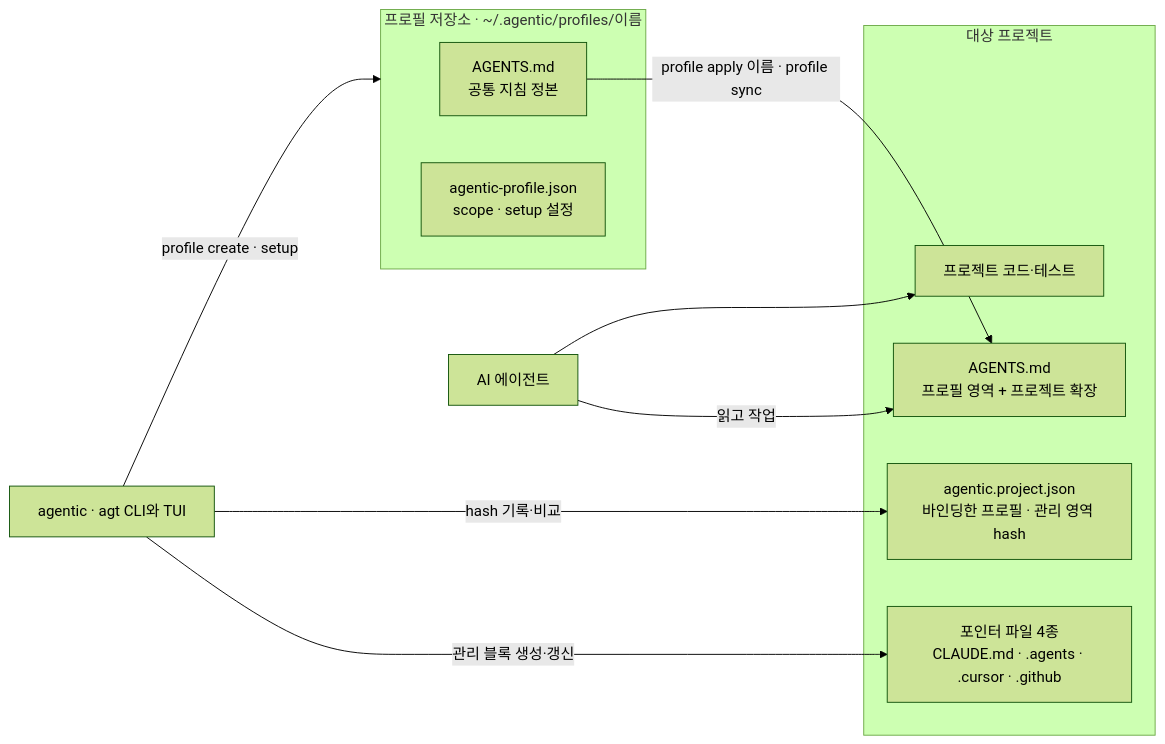
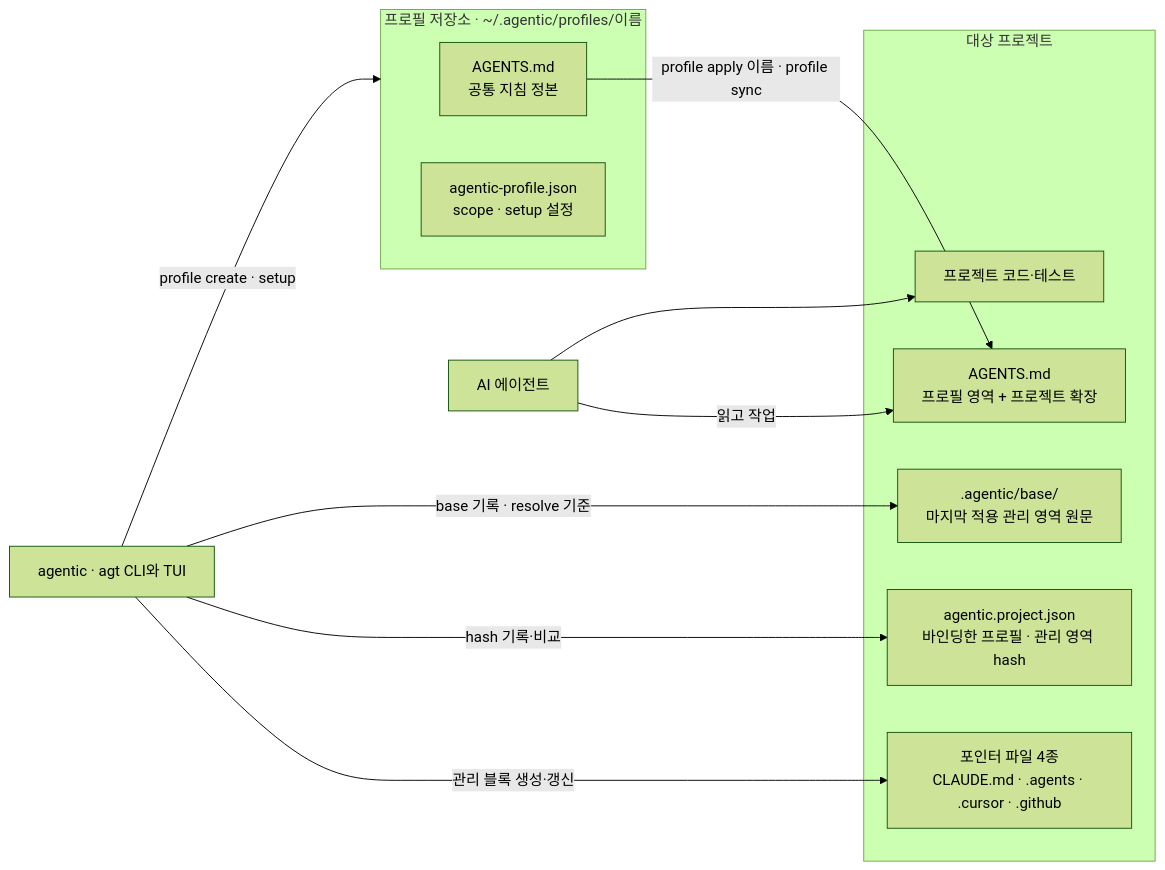
Before and after one commit to IsthisLee/agent-context-manager: the diagram in docs/architecture/README.md, drawn with Mermaid (forest theme). The commit also changed other lines of this file and 13 other files, not shown here.

````diff
--- a/docs/architecture/README.md
+++ b/docs/architecture/README.md
@@ -12,19 +12,21 @@
 ```mermaid
 flowchart LR
   subgraph HOME["프로필 저장소 · ~/.agentic/profiles/이름"]
     PAGENTS["AGENTS.md<br/>공통 지침 정본"]
     PMETA["agentic-profile.json<br/>scope · setup 설정"]
   end
   subgraph PROJECT["대상 프로젝트"]
     JAGENTS["AGENTS.md<br/>프로필 영역 + 프로젝트 확장"]
     JCONFIG["agentic.project.json<br/>바인딩한 프로필 · 관리 영역 hash"]
     JPOINTER["포인터 파일 4종<br/>CLAUDE.md · .agents · .cursor · .github"]
+    JBASE[".agentic/base/<br/>마지막 적용 관리 영역 원문"]
     CODE["프로젝트 코드·테스트"]
   end
   CLI["agentic · agt CLI와 TUI"] -->|"profile create · setup"| HOME
   PAGENTS -->|"profile apply 이름 · profile sync"| JAGENTS
   CLI -->|"관리 블록 생성·갱신"| JPOINTER
   CLI -->|"hash 기록·비교"| JCONFIG
+  CLI -->|"base 기록 · resolve 기준"| JBASE
   AGENT["AI 에이전트"] -->|"읽고 작업"| JAGENTS
   AGENT --> CODE
 ```
````
